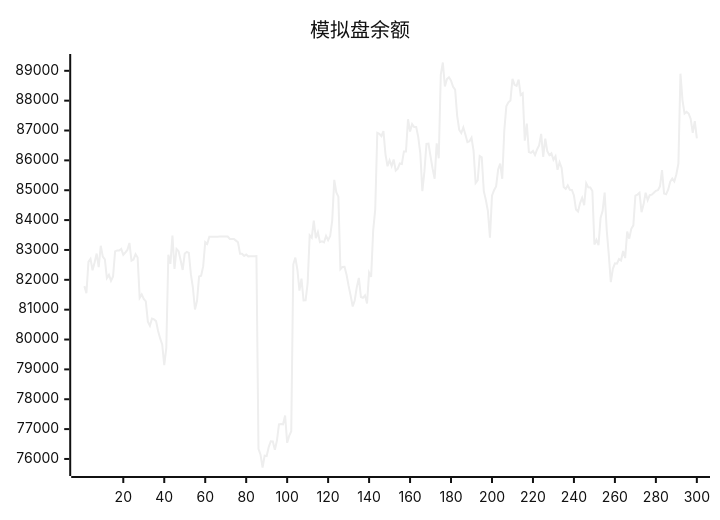
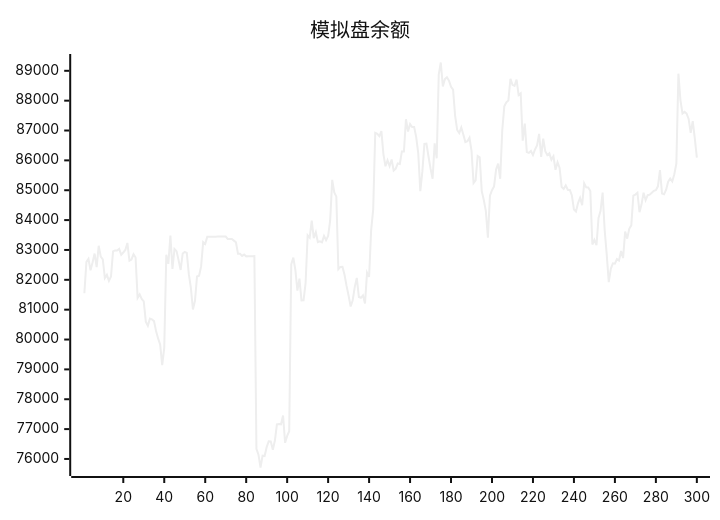
One commit to aahl/ai-trading changed the diagram in README.md. Above: the diagram before and after it, drawn with Mermaid (neutral theme). The commit also changed other lines of this file and 1 other file, not shown here.

````diff
--- a/README.md
+++ b/README.md
@@ -5,5 +5,5 @@
 ```mermaid
 xychart
     title "模拟盘余额"
-    line [81788,81551,82598,82702,82320,82580,82878,82426,83139,82778,82686,82056,82166,81963,82110,82951,82983,82984,83038,82838,82915,82998,83235,82642,82682,82858,82746,81396,81512,81362,81277,80600,80461,80699,80673,80616,80288,80038,79836,79142,79722,82837,82533,83480,82366,83032,82960,82654,82330,82883,82934,82901,82188,81728,81005,81298,82110,82135,82449,83264,83203,83440,83439,83440,83440,83446,83447,83448,83447,83448,83449,83369,83369,83369,83313,83256,82872,82873,82801,82844,82785,82791,82791,82793,82794,76339,76145,75714,76110,76096,76397,76594,76585,76310,76607,77160,77170,77160,77456,76541,76774,76927,82520,82744,82337,81639,82040,81307,81314,81887,83490,83414,83984,83396,83594,83261,83287,83253,83470,83327,83465,83987,85348,84930,84786,82355,82433,82438,82167,81795,81466,81105,81315,81756,82064,81426,81398,81481,81210,82242,82099,83658,84359,86925,86892,86814,86980,86203,85802,86003,85811,86028,85657,85721,85896,85880,86300,86299,87378,86965,87214,87115,87118,86780,86238,84966,85623,86555,86562,86129,85722,85387,86569,86070,88870,89278,88477,88720,88781,88668,88467,88372,87493,87018,86917,87102,86870,86613,86644,86758,86317,85242,85334,86149,86106,84968,84671,84302,83410,84816,85001,85127,85693,85891,85384,87001,87811,87945,88007,88734,88528,88495,88705,88189,88248,86662,87234,86279,86251,86314,86177,86364,86503,86886,86114,86731,86310,86176,86240,86017,86136,85685,85938,85749,85111,85044,85164,85016,85008,84824,84354,84287,84572,84745,84500,85234,85096,85095,84970,83180,83338,83157,84070,84309,84922,83667,82850,81924,82369,82552,82539,82695,82648,82962,82728,83619,83378,83710,83825,84819,84854,84917,84265,84527,84919,84668,84834,84850,84916,84981,85004,85131,85674,84891,84864,85019,85284,85393,85294,85538,85894,88904,88012,87567,87625,87568,87386,86920,87313,86737]
+    line [81551,82598,82702,82320,82580,82878,82426,83139,82778,82686,82056,82166,81963,82110,82951,82983,82984,83038,82838,82915,82998,83235,82642,82682,82858,82746,81396,81512,81362,81277,80600,80461,80699,80673,80616,80288,80038,79836,79142,79722,82837,82533,83480,82366,83032,82960,82654,82330,82883,82934,82901,82188,81728,81005,81298,82110,82135,82449,83264,83203,83440,83439,83440,83440,83446,83447,83448,83447,83448,83449,83369,83369,83369,83313,83256,82872,82873,82801,82844,82785,82791,82791,82793,82794,76339,76145,75714,76110,76096,76397,76594,76585,76310,76607,77160,77170,77160,77456,76541,76774,76927,82520,82744,82337,81639,82040,81307,81314,81887,83490,83414,83984,83396,83594,83261,83287,83253,83470,83327,83465,83987,85348,84930,84786,82355,82433,82438,82167,81795,81466,81105,81315,81756,82064,81426,81398,81481,81210,82242,82099,83658,84359,86925,86892,86814,86980,86203,85802,86003,85811,86028,85657,85721,85896,85880,86300,86299,87378,86965,87214,87115,87118,86780,86238,84966,85623,86555,86562,86129,85722,85387,86569,86070,88870,89278,88477,88720,88781,88668,88467,88372,87493,87018,86917,87102,86870,86613,86644,86758,86317,85242,85334,86149,86106,84968,84671,84302,83410,84816,85001,85127,85693,85891,85384,87001,87811,87945,88007,88734,88528,88495,88705,88189,88248,86662,87234,86279,86251,86314,86177,86364,86503,86886,86114,86731,86310,86176,86240,86017,86136,85685,85938,85749,85111,85044,85164,85016,85008,84824,84354,84287,84572,84745,84500,85234,85096,85095,84970,83180,83338,83157,84070,84309,84922,83667,82850,81924,82369,82552,82539,82695,82648,82962,82728,83619,83378,83710,83825,84819,84854,84917,84265,84527,84919,84668,84834,84850,84916,84981,85004,85131,85674,84891,84864,85019,85284,85393,85294,85538,85894,88904,88012,87567,87625,87568,87386,86920,87313,86737,86094]
 ```
````
